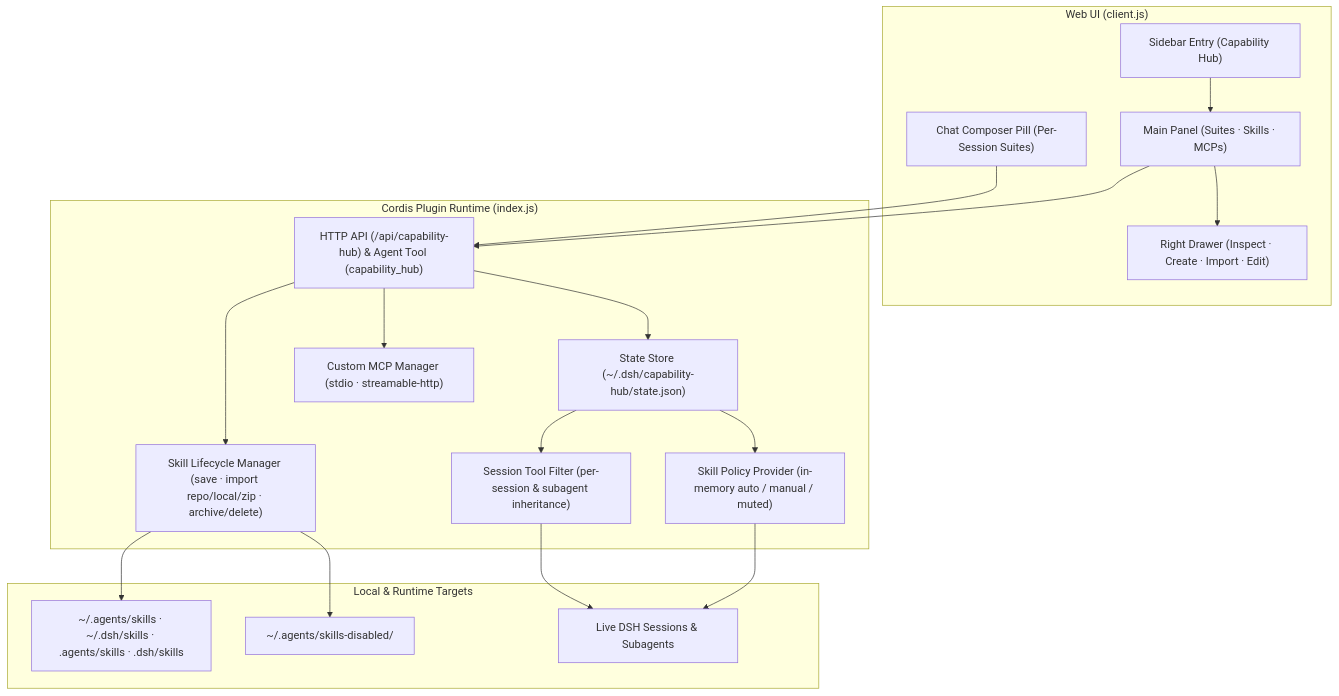
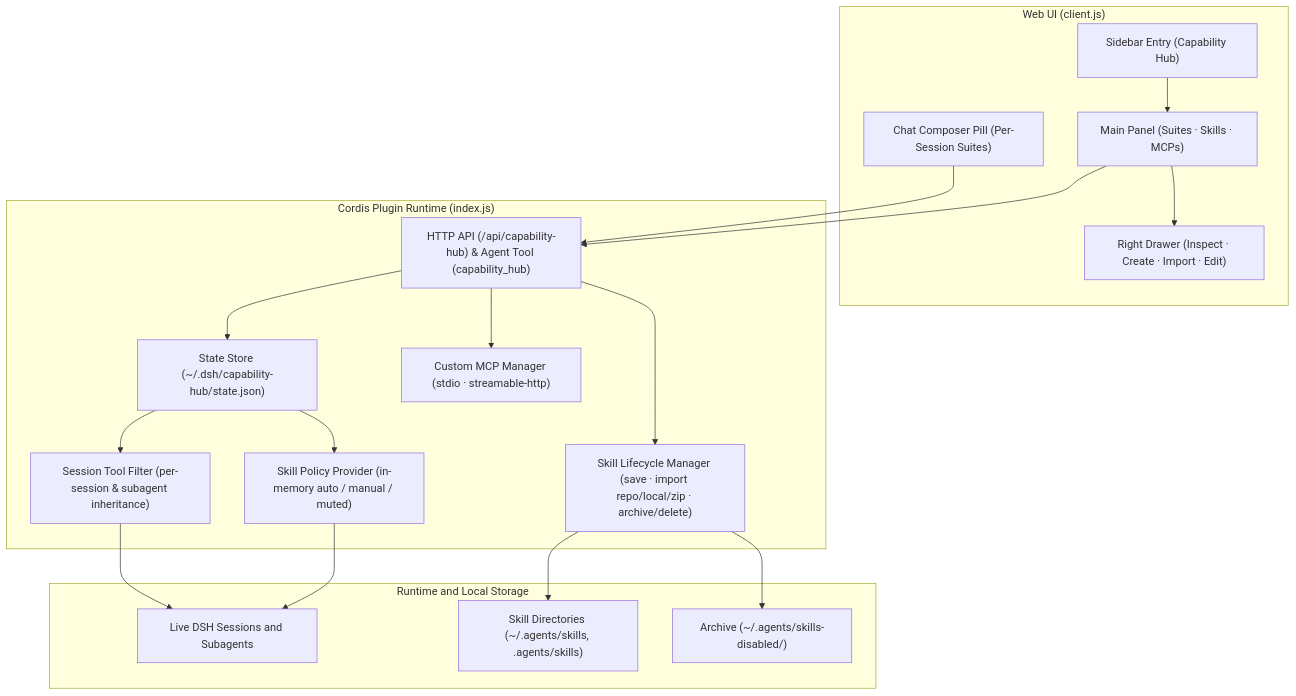
One commit to fengguanghuai/dsh-capability-hub changed the diagram in README.md. Above: the diagram before and after it, drawn with Mermaid.

Commit message:
docs: fix Mermaid subgraph node order and title overlap

````diff
--- a/README.md
+++ b/README.md
@@ -20,38 +20,38 @@
 ```mermaid
 flowchart TB
   subgraph UI["Web UI (client.js)"]
     Sidebar["Sidebar Entry (Capability Hub)"]
     Hub["Main Panel (Suites · Skills · MCPs)"]
     Drawer["Right Drawer (Inspect · Create · Import · Edit)"]
     Composer["Chat Composer Pill (Per-Session Suites)"]
   end
 
   subgraph Core["Cordis Plugin Runtime (index.js)"]
     API["HTTP API (/api/capability-hub) & Agent Tool (capability_hub)"]
     State["State Store (~/.dsh/capability-hub/state.json)"]
     SkillPolicy["Skill Policy Provider (in-memory auto / manual / muted)"]
     ToolFilter["Session Tool Filter (per-session & subagent inheritance)"]
     SkillFS["Skill Lifecycle Manager (save · import repo/local/zip · archive/delete)"]
     McpMgr["Custom MCP Manager (stdio · streamable-http)"]
   end
 
-  subgraph Disk["Local & Runtime Targets"]
-    SkillDirs["~/.agents/skills · ~/.dsh/skills · .agents/skills · .dsh/skills"]
-    ArchiveDir["~/.agents/skills-disabled/"]
-    AgentCtx["Live DSH Sessions & Subagents"]
+  subgraph Disk["Runtime and Local Storage"]
+    AgentCtx["Live DSH Sessions and Subagents"]
+    SkillDirs["Skill Directories (~/.agents/skills, .agents/skills)"]
+    ArchiveDir["Archive (~/.agents/skills-disabled/)"]
   end
 
   Sidebar --> Hub
   Hub --> Drawer
   Hub --> API
   Composer --> API
   API --> State
   State --> SkillPolicy
   State --> ToolFilter
   API --> SkillFS
   API --> McpMgr
   SkillPolicy --> AgentCtx
   ToolFilter --> AgentCtx
   SkillFS --> SkillDirs
   SkillFS --> ArchiveDir
 ```
````
